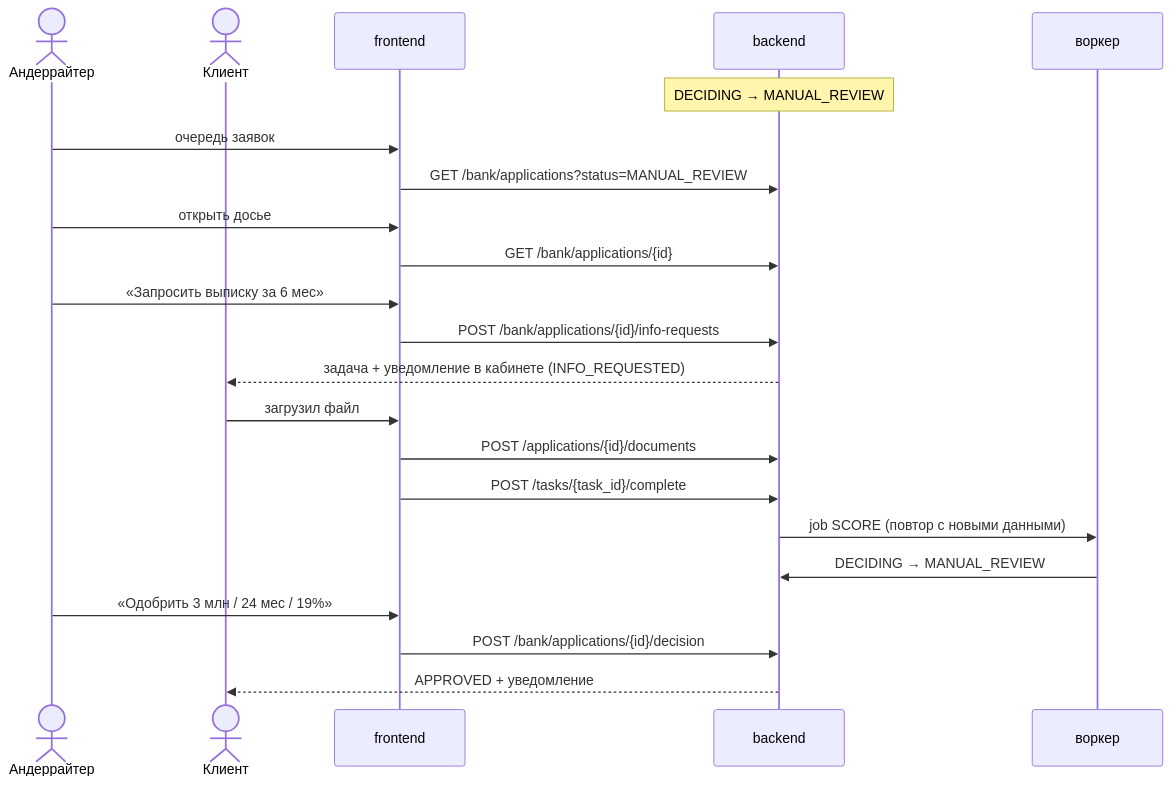
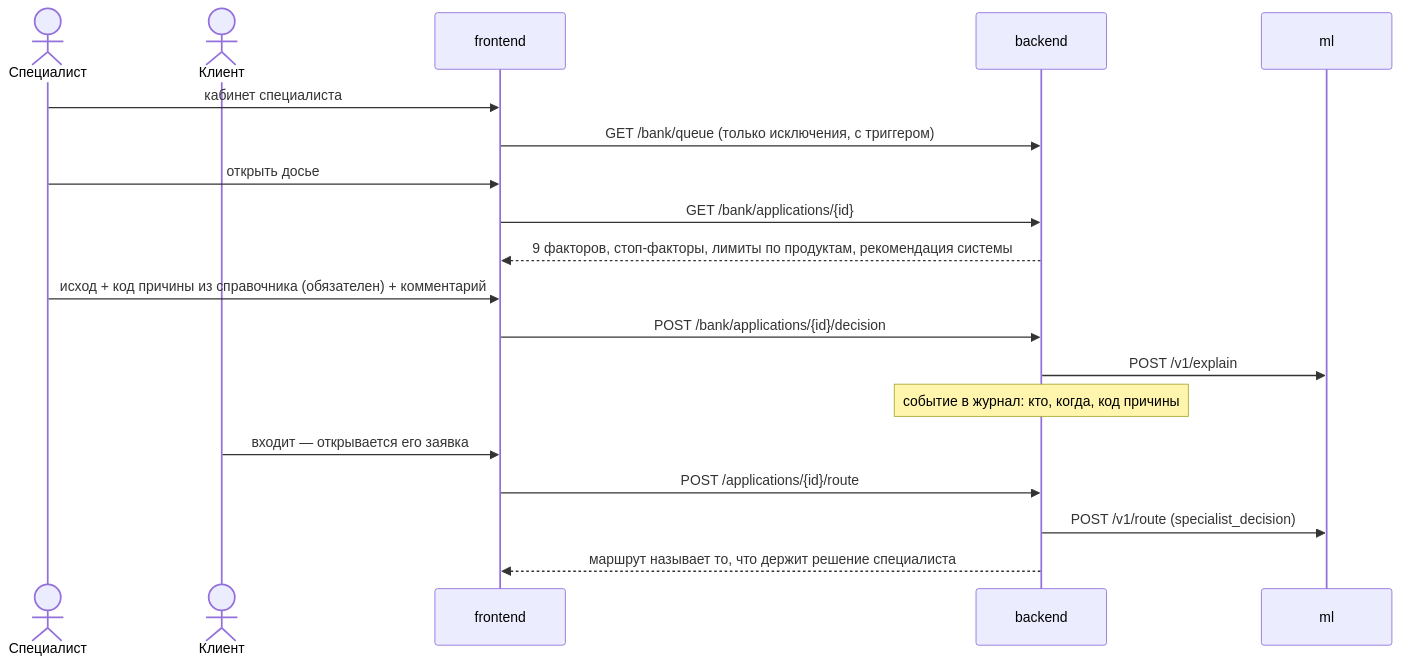
One commit to worker4556/smart-credit changed the fifth of 7 diagrams in docs/architecture.md. Above: the diagram before and after it, drawn with Mermaid. The commit also changed other lines of this file and 19 other files, not shown here.

````diff
--- a/docs/architecture.md
+++ b/docs/architecture.md
@@ -168,25 +173,22 @@
 ```mermaid
 sequenceDiagram
-    actor U as Андеррайтер
+    actor S as Специалист
     actor C as Клиент
     participant FE as frontend
     participant BE as backend
-    participant WK as воркер
+    participant ML as ml
 
-    Note over BE: DECIDING → MANUAL_REVIEW
-    U->>FE: очередь заявок
-    FE->>BE: GET /bank/applications?status=MANUAL_REVIEW
-    U->>FE: открыть досье
+    S->>FE: кабинет специалиста
+    FE->>BE: GET /bank/queue (только исключения, с триггером)
+    S->>FE: открыть досье
     FE->>BE: GET /bank/applications/{id}
-    U->>FE: «Запросить выписку за 6 мес»
-    FE->>BE: POST /bank/applications/{id}/info-requests
-    BE-->>C: задача + уведомление в кабинете (INFO_REQUESTED)
-    C->>FE: загрузил файл
-    FE->>BE: POST /applications/{id}/documents
-    FE->>BE: POST /tasks/{task_id}/complete
-    BE->>WK: job SCORE (повтор с новыми данными)
-    WK->>BE: DECIDING → MANUAL_REVIEW
-    U->>FE: «Одобрить 3 млн / 24 мес / 19%»
+    BE-->>FE: 9 факторов, стоп-факторы, лимиты по продуктам, рекомендация системы
+    S->>FE: исход + код причины из справочника (обязателен) + комментарий
     FE->>BE: POST /bank/applications/{id}/decision
-    BE-->>C: APPROVED + уведомление
+    BE->>ML: POST /v1/explain
+    Note over BE: событие в журнал: кто, когда, код причины
+    C->>FE: входит — открывается его заявка
+    FE->>BE: POST /applications/{id}/route
+    BE->>ML: POST /v1/route (specialist_decision)
+    BE-->>FE: маршрут называет то, что держит решение специалиста
 ```
````
